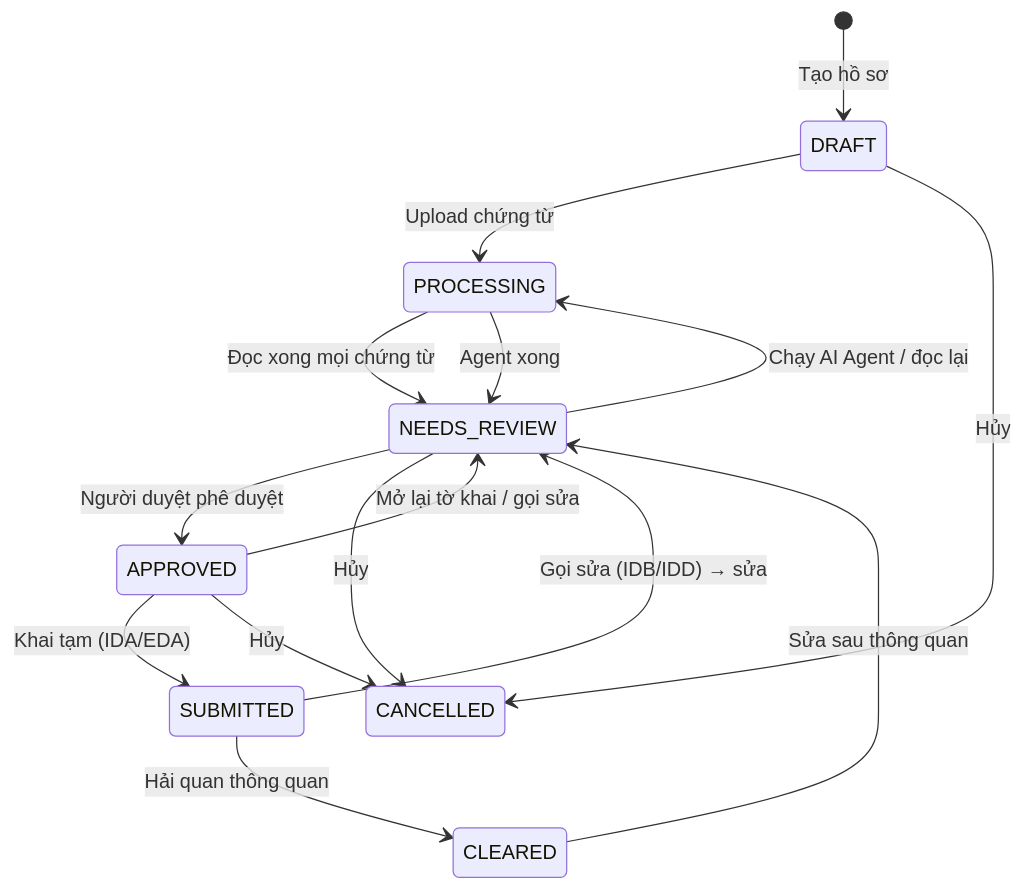
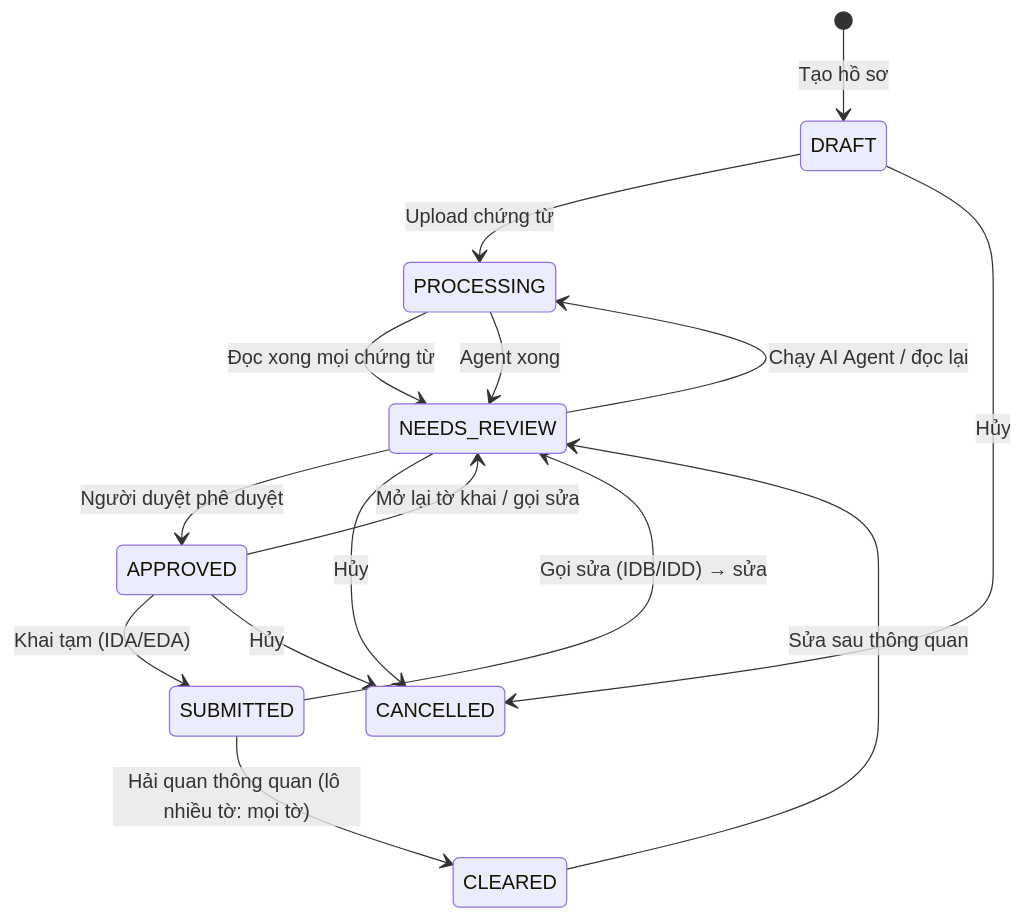
Before and after one commit to minhnhacmu2308/chung-tu-hq: the fourth of 8 diagrams in docs/QUY-TRINH-NGHIEP-VU.md, drawn with Mermaid. The commit also changed other lines of this file and 1 other file, not shown here.

````diff
--- a/docs/QUY-TRINH-NGHIEP-VU.md
+++ b/docs/QUY-TRINH-NGHIEP-VU.md
@@ -89,17 +89,17 @@
 ```mermaid
 stateDiagram-v2
   [*] --> DRAFT: Tạo hồ sơ
   DRAFT --> PROCESSING: Upload chứng từ
   PROCESSING --> NEEDS_REVIEW: Đọc xong mọi chứng từ
   NEEDS_REVIEW --> PROCESSING: Chạy AI Agent / đọc lại
   PROCESSING --> NEEDS_REVIEW: Agent xong
   NEEDS_REVIEW --> APPROVED: Người duyệt phê duyệt
   APPROVED --> NEEDS_REVIEW: Mở lại tờ khai / gọi sửa
   APPROVED --> SUBMITTED: Khai tạm (IDA/EDA)
   SUBMITTED --> NEEDS_REVIEW: Gọi sửa (IDB/IDD) → sửa
-  SUBMITTED --> CLEARED: Hải quan thông quan
+  SUBMITTED --> CLEARED: Hải quan thông quan (lô nhiều tờ: mọi tờ)
   CLEARED --> NEEDS_REVIEW: Sửa sau thông quan
   DRAFT --> CANCELLED: Hủy
   NEEDS_REVIEW --> CANCELLED: Hủy
   APPROVED --> CANCELLED: Hủy
 ```
````
